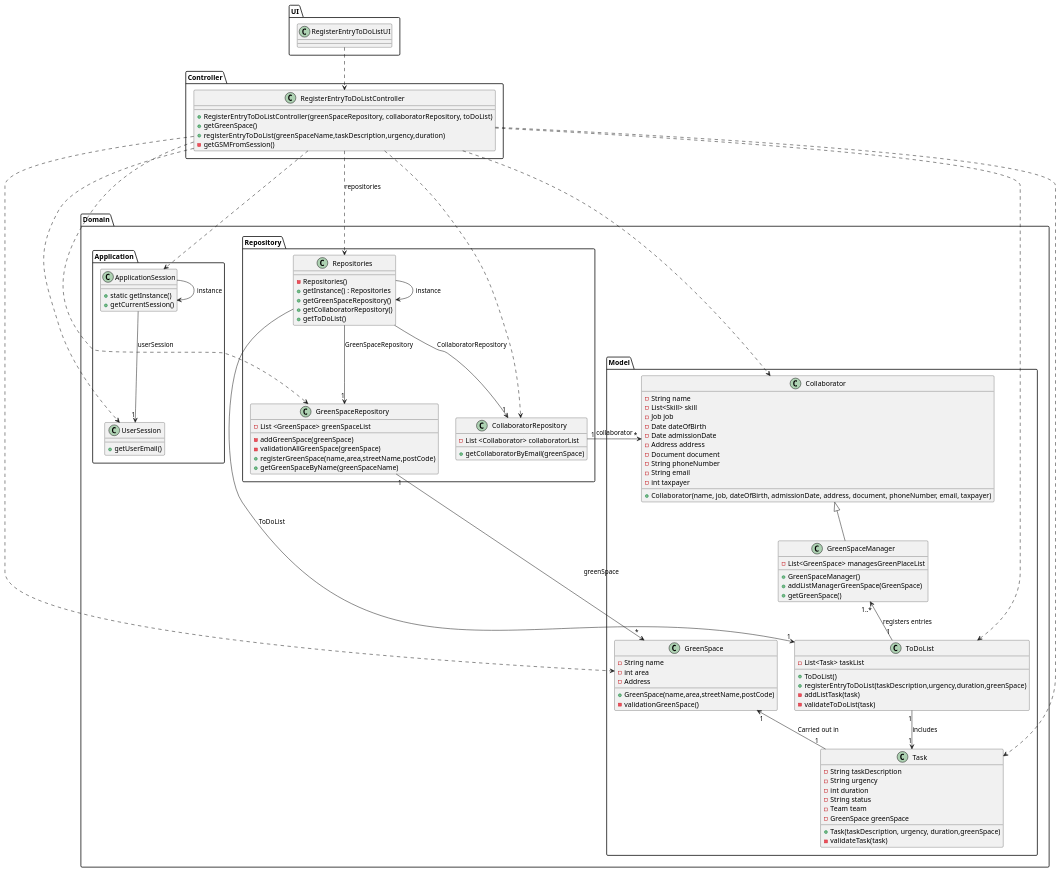
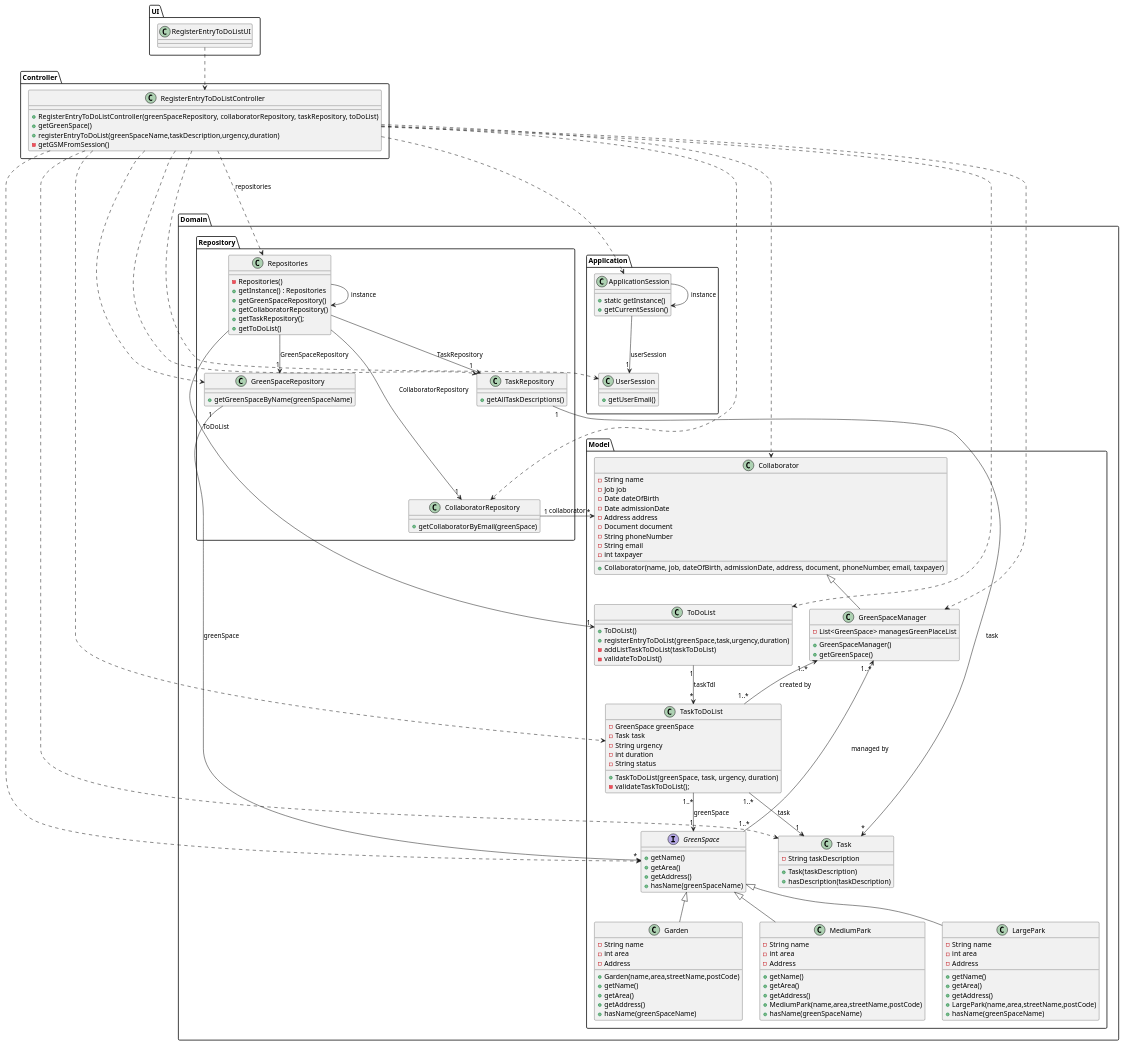
The diagram in docs/sprint3/us21/03.design/puml/us21-class-diagram.puml (Departamento-de-Engenharia-Informatica/lei-24-s2-1db-g022), drawn with PlantUML before and after one commit. The commit also changed 13 other files, not shown here.

```diff
--- a/docs/sprint3/us21/03.design/puml/us21-class-diagram.puml
+++ b/docs/sprint3/us21/03.design/puml/us21-class-diagram.puml
@@ -15,7 +15,7 @@
 package "Controller" <<Folder>> {
 
     class RegisterEntryToDoListController {
-        + RegisterEntryToDoListController(greenSpaceRepository, collaboratorRepository, toDoList)
+        + RegisterEntryToDoListController(greenSpaceRepository, collaboratorRepository, taskRepository, toDoList)
         + getGreenSpace()
         + registerEntryToDoList(greenSpaceName,taskDescription,urgency,duration)
         - getGSMFromSession()
@@ -42,18 +42,51 @@
 
     package "Domain.Model" <<Folder>> {
 
-        class GreenSpace {
+        interface GreenSpace {
+            + getName()
+            + getArea()
+            + getAddress()
+            + hasName(greenSpaceName)
+        }
+
+        class Garden{
             - String name
             - int area
             - Address
 
-            + GreenSpace(name,area,streetName,postCode)
-            - validationGreenSpace()
+            + Garden(name,area,streetName,postCode)
+            + getName()
+            + getArea()
+            + getAddress()
+            + hasName(greenSpaceName)
+        }
+
+        class MediumPark{
+            - String name
+            - int area
+            - Address
+
+            + getName()
+            + getArea()
+            + getAddress()
+            + MediumPark(name,area,streetName,postCode)
+            + hasName(greenSpaceName)
+        }
+
+        class LargePark{
+            - String name
+            - int area
+            - Address
+
+            + getName()
+            + getArea()
+            + getAddress()
+            + LargePark(name,area,streetName,postCode)
+            + hasName(greenSpaceName)
         }
 
         class Collaborator {
                 -String name
-                -List<Skill> skill
                 -Job job
                 -Date dateOfBirth
                 -Date admissionDate
@@ -68,31 +101,35 @@
 
         class Task {
             - String taskDescription
+
+            + Task(taskDescription)
+            + hasDescription(taskDescription)
+        }
+
+        class TaskToDoList {
+            - GreenSpace greenSpace
+            - Task task
             - String urgency
             - int duration
             - String status
-            - Team team
-            - GreenSpace greenSpace
 
-            + Task(taskDescription, urgency, duration,greenSpace)
-            - validateTask(task)
+            + TaskToDoList(greenSpace, task, urgency, duration)
+            - validateTaskToDoList();
         }
 
         class GreenSpaceManager {
             - List<GreenSpace> managesGreenPlaceList
 
             + GreenSpaceManager()
-            + addListManagerGreenSpace(GreenSpace)
             + getGreenSpace()
         }
 
         class ToDoList{
-            - List<Task> taskList
 
             + ToDoList()
-            + registerEntryToDoList(taskDescription,urgency,duration,greenSpace)
-            - addListTask(task)
-            - validateToDoList(task)
+            + registerEntryToDoList(greenSpace,task,urgency,duration)
+            - addListTaskToDoList(taskToDoList)
+            - validateToDoList()
         }
 
     }
@@ -105,22 +142,23 @@
             + getInstance() : Repositories
             + getGreenSpaceRepository()
             + getCollaboratorRepository()
+            + getTaskRepository();
             + getToDoList()
         }
 
         class CollaboratorRepository {
-            - List <Collaborator> collaboratorList
 
             + getCollaboratorByEmail(greenSpace)
         }
 
         class GreenSpaceRepository {
-            - List <GreenSpace> greenSpaceList
 
-            - addGreenSpace(greenSpace)
-            - validationAllGreenSpace(greenSpace)
-            + registerGreenSpace(name,area,streetName,postCode)
             + getGreenSpaceByName(greenSpaceName)
+        }
+
+        class TaskRepository {
+
+            + getAllTaskDescriptions()
         }
     }
 }
@@ -138,18 +176,22 @@
 RegisterEntryToDoListController ...> UserSession
 RegisterEntryToDoListController ...> GreenSpaceRepository
 RegisterEntryToDoListController ...> CollaboratorRepository
+RegisterEntryToDoListController ...> TaskRepository
 RegisterEntryToDoListController ...> Collaborator
 RegisterEntryToDoListController ...> GreenSpace
 RegisterEntryToDoListController ...> ToDoList
 RegisterEntryToDoListController ...> Task
+RegisterEntryToDoListController ...> TaskToDoList
+RegisterEntryToDoListController ...> GreenSpaceManager
 
 '-------------------ApplicationSession-------------------
 ApplicationSession --> "1" UserSession : userSession
 
 '-------------------Repositories-------------------
 Repositories --> "1" GreenSpaceRepository : GreenSpaceRepository
-Repositories --> "1" CollaboratorRepository : CollaboratorRepository
+Repositories ---> "1" CollaboratorRepository : CollaboratorRepository
 Repositories --> "1" ToDoList : ToDoList
+Repositories --> "1" TaskRepository : TaskRepository
 
 '-------------------CollaboratorRepository-------------------
 CollaboratorRepository "1"  -> "*" Collaborator : collaborator
@@ -157,16 +199,26 @@
 '-------------------GreenSpaceRepository-------------------
 GreenSpaceRepository "1" -> "*" GreenSpace : greenSpace
 
+'-------------------TaskRepository-------------------
+TaskRepository "1" -> "*" Task : task
+
 '-------------------Collaborator-------------------
 Collaborator <|-- GreenSpaceManager
 
-'-------------------Green Space Manager-------------------
-GreenSpaceManager "1..*" <-- "1" ToDoList : registers entries
+'-------------------GreenSpaceManager-------------------
+GreenSpaceManager "1..*" <-- "1..*" TaskToDoList : created by
+GreenSpaceManager "1..*" <-- "1..*" GreenSpace : managed by
 
 '-------------------GreenSpace-------------------
-GreenSpace "1" <-- "1" Task : Carried out in
+GreenSpace <|-- Garden
+GreenSpace <|-- MediumPark
+GreenSpace <|-- LargePark
 
 '-------------------ToDoList-------------------
-ToDoList "1" --> "1" Task : includes
+ToDoList "1" --> "*" TaskToDoList : taskTdl
+
+'-------------------TaskToDoList-------------------
+TaskToDoList "1..*" --> "1" GreenSpace : greenSpace
+TaskToDoList "1..*" --> "1" Task : task
 
 @enduml
```
